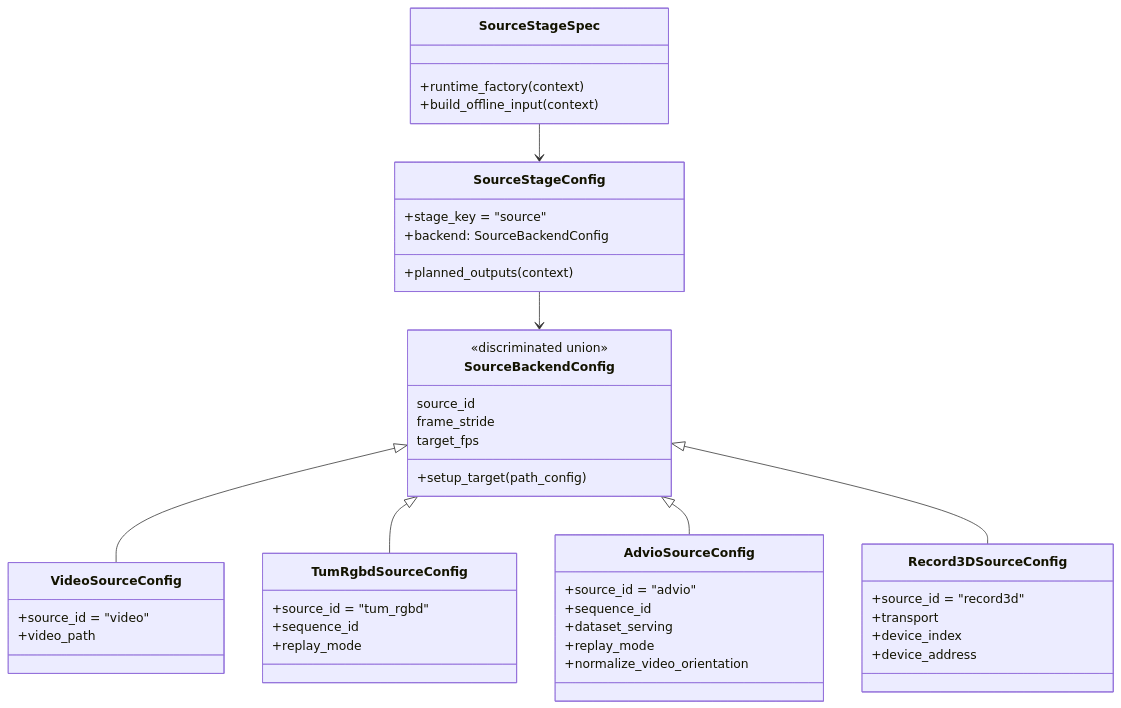
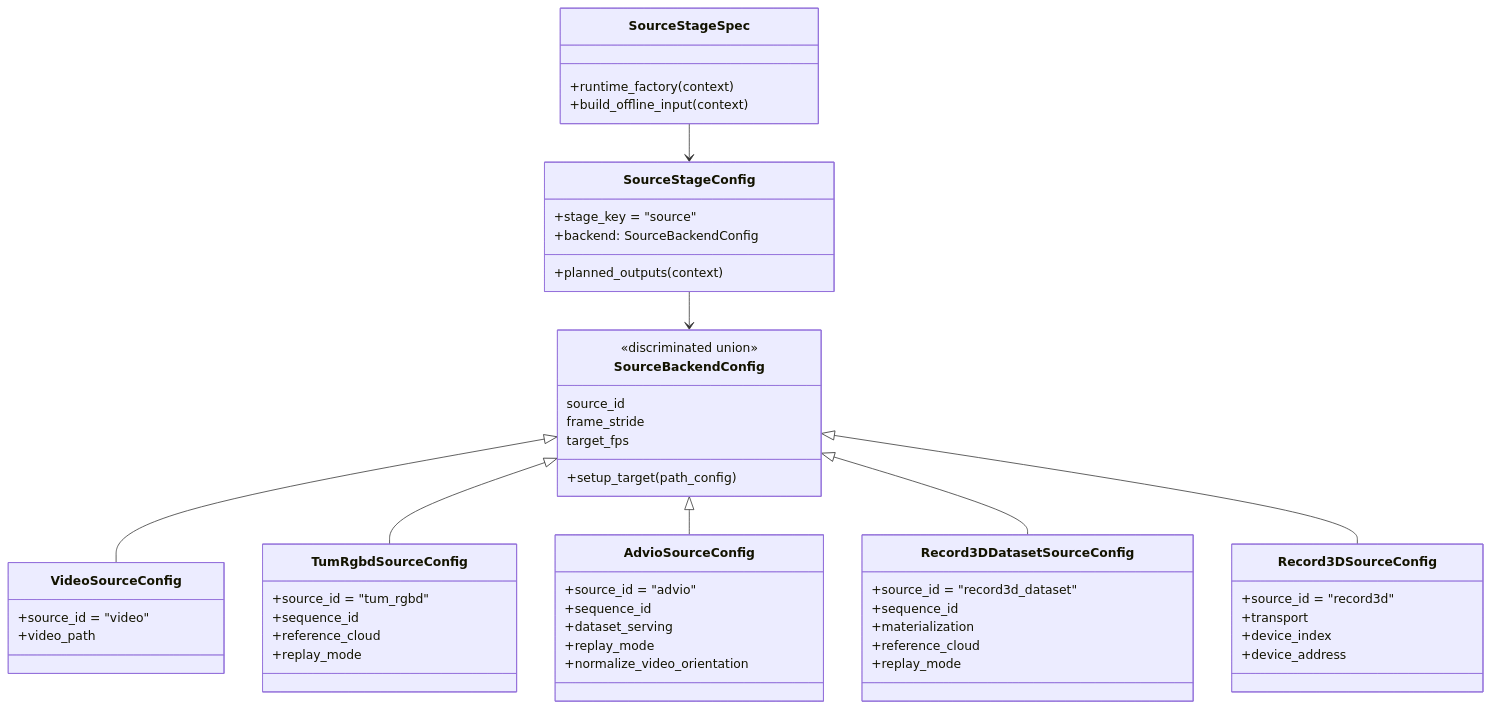
One commit to JanDuchscherer104/prml-vslam changed the diagram in src/prml_vslam/sources/README.md. Above: the diagram before and after it, drawn with Mermaid. The commit also changed other lines of this file and 14 other files, not shown here.

````diff
--- a/src/prml_vslam/sources/README.md
+++ b/src/prml_vslam/sources/README.md
@@ -35,54 +35,64 @@
 ```mermaid
 classDiagram
     class SourceStageConfig {
         +stage_key = "source"
         +backend: SourceBackendConfig
         +planned_outputs(context)
     }
 
     class SourceStageSpec {
         +runtime_factory(context)
         +build_offline_input(context)
     }
 
     class SourceBackendConfig {
         <<discriminated union>>
         source_id
         frame_stride
         target_fps
         +setup_target(path_config)
     }
 
     class VideoSourceConfig {
         +source_id = "video"
         +video_path
     }
 
     class TumRgbdSourceConfig {
         +source_id = "tum_rgbd"
         +sequence_id
+        +reference_cloud
         +replay_mode
     }
 
     class AdvioSourceConfig {
         +source_id = "advio"
         +sequence_id
         +dataset_serving
         +replay_mode
         +normalize_video_orientation
+    }
+
+    class Record3DDatasetSourceConfig {
+        +source_id = "record3d_dataset"
+        +sequence_id
+        +materialization
+        +reference_cloud
+        +replay_mode
     }
 
     class Record3DSourceConfig {
         +source_id = "record3d"
         +transport
         +device_index
         +device_address
     }
 
     SourceStageConfig --> SourceBackendConfig
     SourceStageSpec --> SourceStageConfig
     SourceBackendConfig <|-- VideoSourceConfig
     SourceBackendConfig <|-- TumRgbdSourceConfig
     SourceBackendConfig <|-- AdvioSourceConfig
+    SourceBackendConfig <|-- Record3DDatasetSourceConfig
     SourceBackendConfig <|-- Record3DSourceConfig
 ```
````
